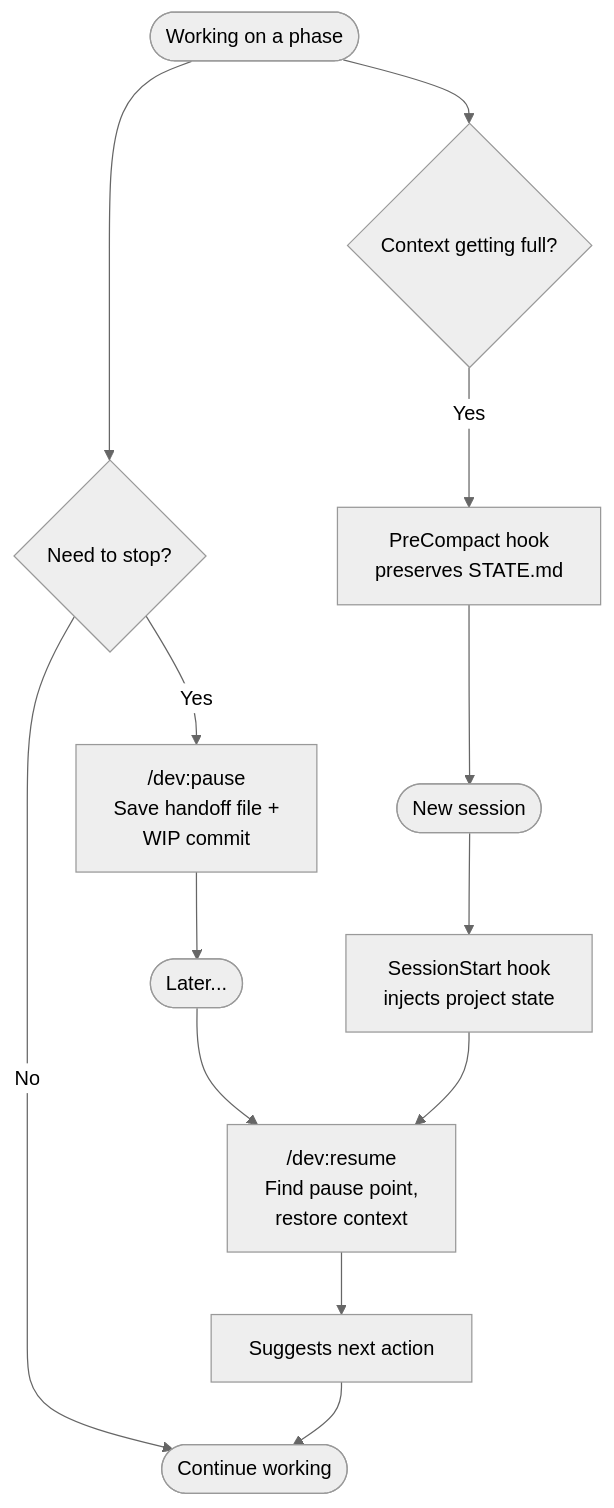
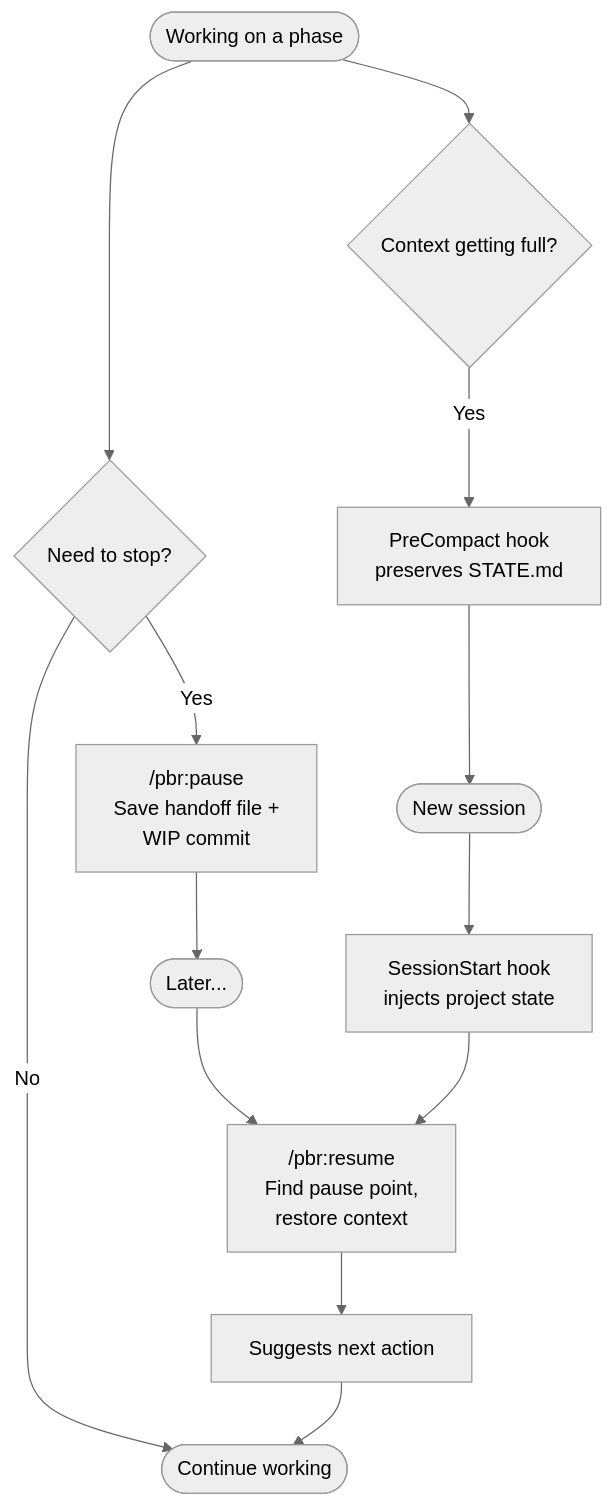
Before and after one commit to SienkLogic/plan-build-run: the third of 5 diagrams in docs/WORKFLOW.md, drawn with Mermaid (neutral theme). The commit also changed other lines of this file and 358 other files, not shown here.

````diff
--- a/docs/WORKFLOW.md
+++ b/docs/WORKFLOW.md
@@ -73,18 +73,18 @@
 ```mermaid
 flowchart TD
     Working([Working on a phase]) --> NeedBreak{Need to stop?}
 
-    NeedBreak -->|Yes| Pause["/dev:pause<br/>Save handoff file +<br/>WIP commit"]
+    NeedBreak -->|Yes| Pause["/pbr:pause<br/>Save handoff file +<br/>WIP commit"]
     NeedBreak -->|No| Continue([Continue working])
 
     Pause --> Later([Later...])
-    Later --> Resume["/dev:resume<br/>Find pause point,<br/>restore context"]
+    Later --> Resume["/pbr:resume<br/>Find pause point,<br/>restore context"]
     Resume --> Suggest[Suggests next action]
     Suggest --> Continue
 
     Working --> ContextLimit{Context getting full?}
     ContextLimit -->|Yes| AutoPause["PreCompact hook<br/>preserves STATE.md"]
     AutoPause --> NewSession([New session])
     NewSession --> SessionStart["SessionStart hook<br/>injects project state"]
     SessionStart --> Resume
 ```
````
